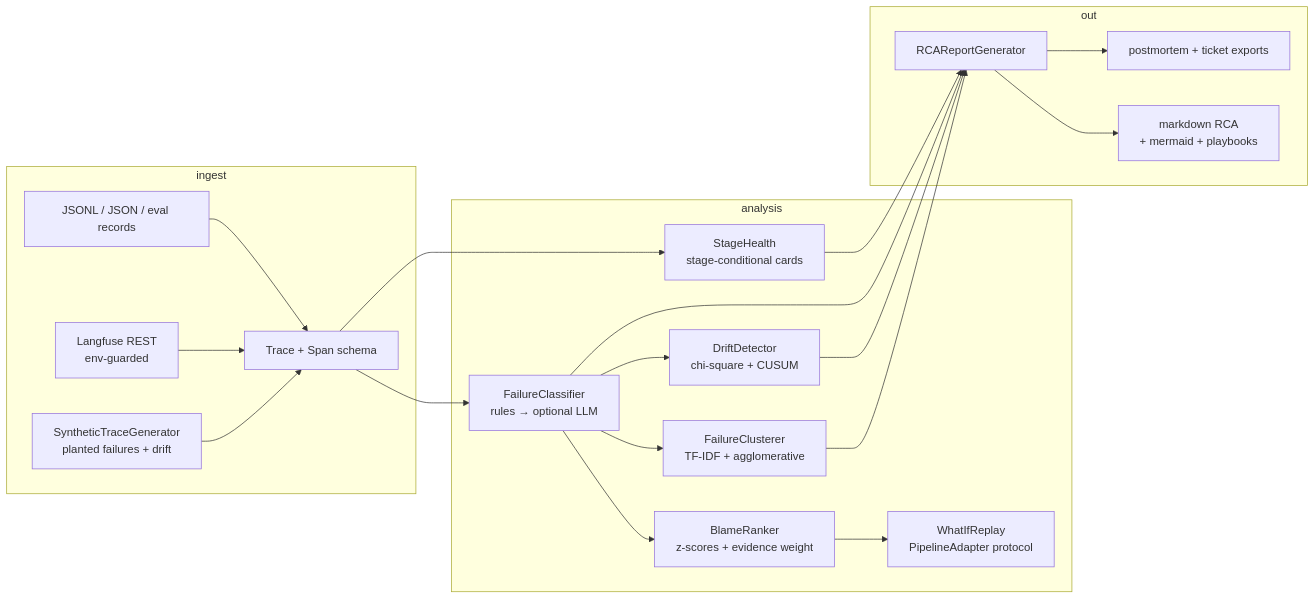
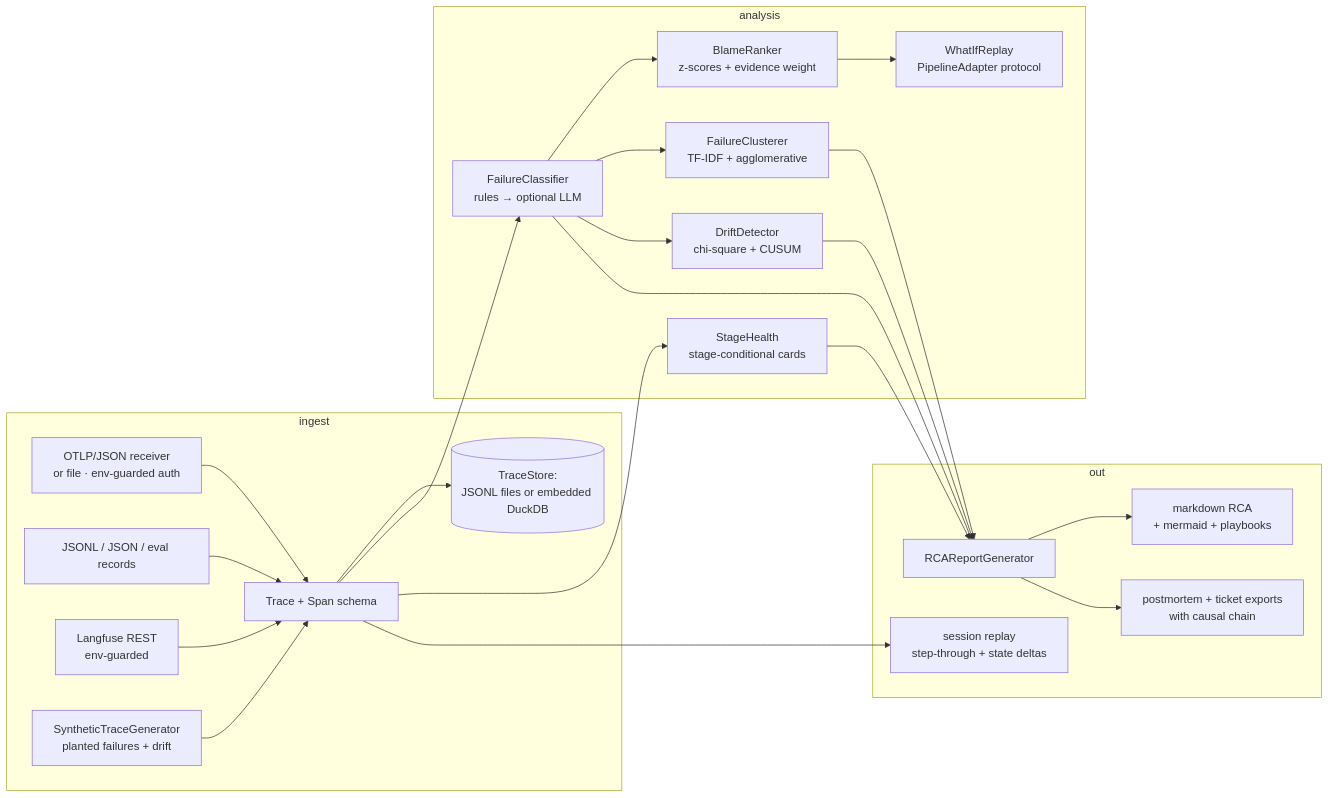
Before and after one commit to AkshayJohn03/ForensiQ: the diagram in README.md, drawn with Mermaid. The commit also changed other lines of this file and 1 other file, not shown here.

````diff
--- a/README.md
+++ b/README.md
@@ -178,24 +301,27 @@
 ```mermaid
 flowchart LR
     subgraph ingest
-        L[JSONL / JSON / eval records] --> N[Trace + Span schema]
+        OTLP[OTLP/JSON receiver<br/>or file · env-guarded auth] --> N[Trace + Span schema]
+        L[JSONL / JSON / eval records] --> N
         LF[Langfuse REST<br/>env-guarded] --> N
         SYN[SyntheticTraceGenerator<br/>planted failures + drift] --> N
+        N --> S[(TraceStore:<br/>JSONL files or embedded DuckDB)]
     end
     subgraph analysis
         N --> C[FailureClassifier<br/>rules → optional LLM]
         N --> H[StageHealth<br/>stage-conditional cards]
         C --> B[BlameRanker<br/>z-scores + evidence weight]
         B --> R[WhatIfReplay<br/>PipelineAdapter protocol]
         C --> CL[FailureClusterer<br/>TF-IDF + agglomerative]
         C --> D[DriftDetector<br/>chi-square + CUSUM]
     end
     subgraph out
         C --> REP[RCAReportGenerator]
         H --> REP
         CL --> REP
         D --> REP
         REP --> MD[markdown RCA<br/>+ mermaid + playbooks]
-        REP --> PM[postmortem + ticket exports]
+        REP --> PM[postmortem + ticket exports<br/>with causal chain]
+        N --> RP[session replay<br/>step-through + state deltas]
     end
 ```
````
